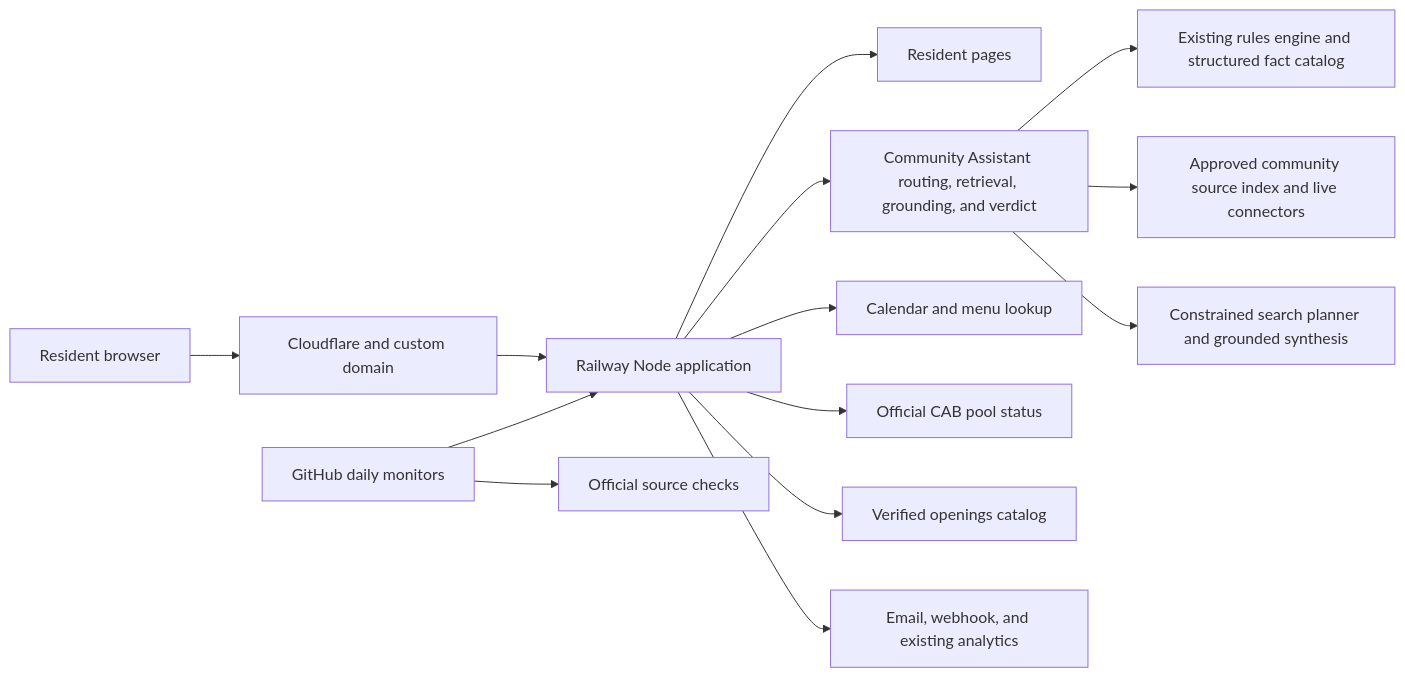
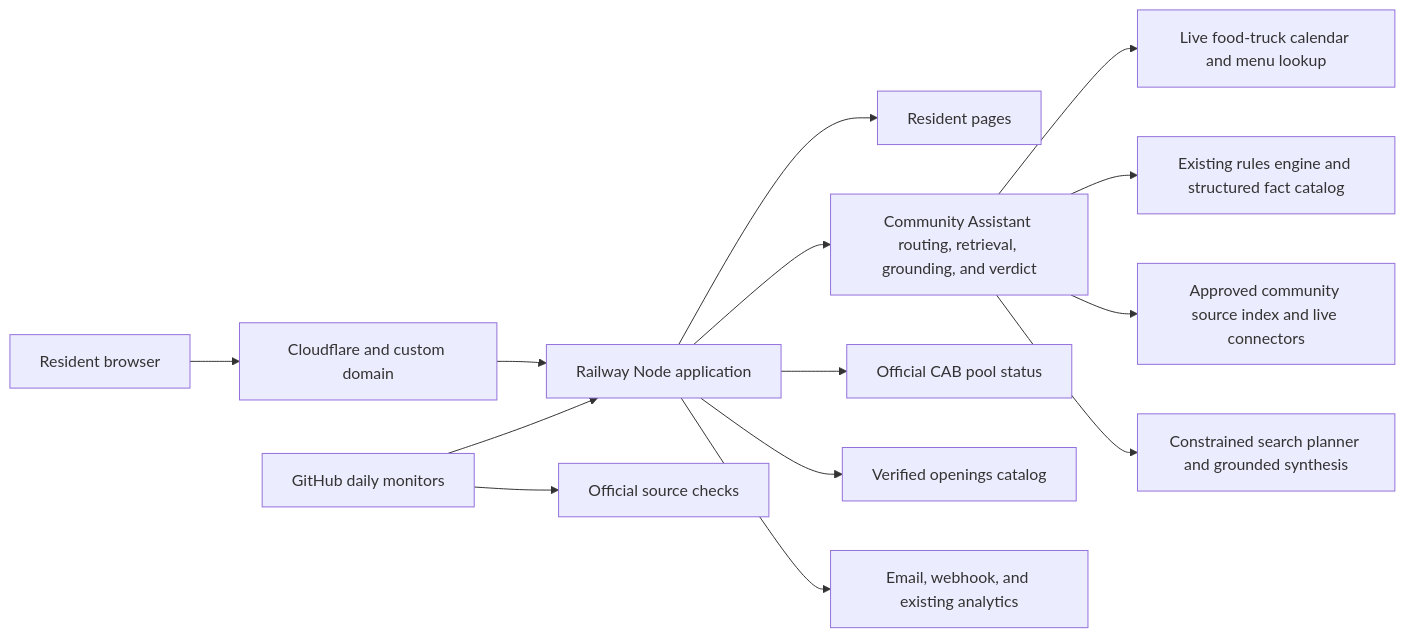
One commit to mar15sa/sterling-ranch-food-truck-chat changed the diagram in docs/ARCHITECTURE.md. Above: the diagram before and after it, drawn with Mermaid. The commit also changed other lines of this file and 30 other files, not shown here.

````diff
--- a/docs/ARCHITECTURE.md
+++ b/docs/ARCHITECTURE.md
@@ -5,16 +5,16 @@
 ```mermaid
 flowchart LR
   Resident[Resident browser] --> Edge[Cloudflare and custom domain]
   Edge --> App[Railway Node application]
   App --> Static[Resident pages]
   App --> Assistant[Community Assistant routing, retrieval, grounding, and verdict]
-  App --> Food[Calendar and menu lookup]
+  Assistant --> Food[Live food-truck calendar and menu lookup]
   App --> Pool[Official CAB pool status]
   App --> Openings[Verified openings catalog]
   Assistant --> Rules[Existing rules engine and structured fact catalog]
   Assistant --> Community[Approved community source index and live connectors]
   Assistant --> Claude[Constrained search planner and grounded synthesis]
   App --> Alerts[Email, webhook, and existing analytics]
   GitHub[GitHub daily monitors] --> App
   GitHub --> Sources[Official source checks]
 ```
````
